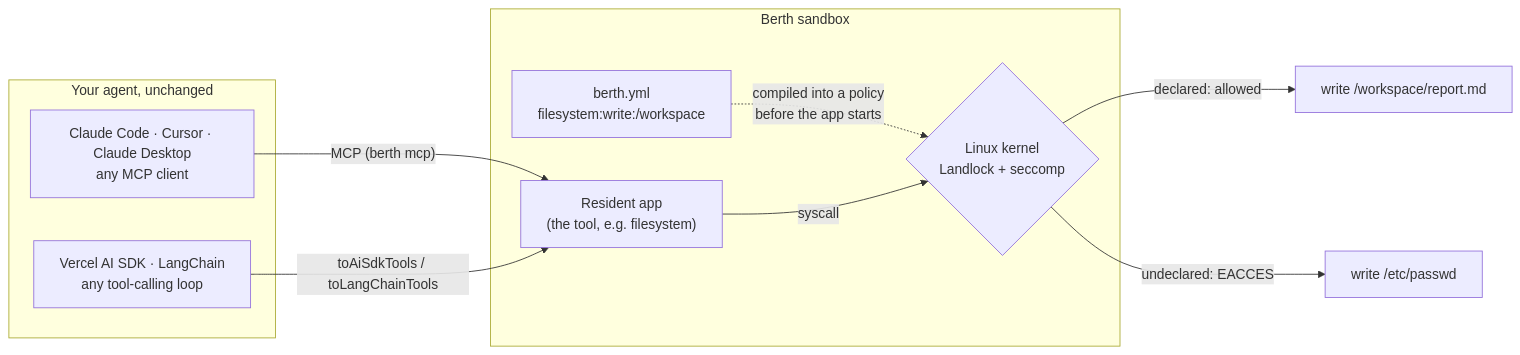
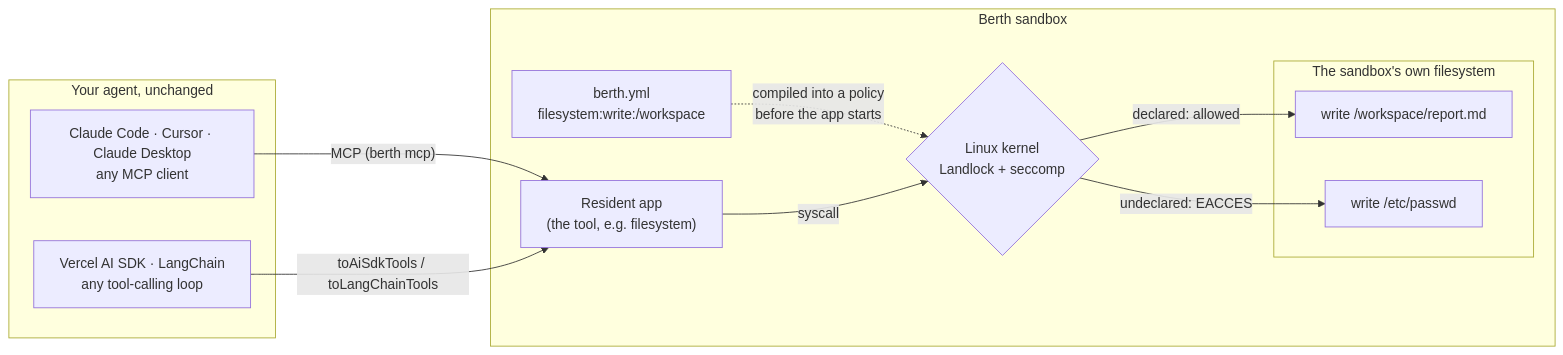
One commit to Ash20pk/BerthOS changed the diagram in README.md. Above: the diagram before and after it, drawn with Mermaid.

Commit message:
docs(readme): draw the allowed and denied writes inside the sandbox
The diagram put /workspace/report.md and /etc/passwd outside the Berth
sandbox subgraph, as if the kernel's decision reached the host. Both are
paths in the sandbox's own filesystem, so they now sit inside it, grouped
as such.

````diff
--- a/README.md
+++ b/README.md
@@ -11,20 +11,24 @@
 ```mermaid
 flowchart LR
   subgraph agent["Your agent, unchanged"]
     MCP["Claude Code · Cursor · Claude Desktop<br/>any MCP client"]
     LOOP["Vercel AI SDK · LangChain<br/>any tool-calling loop"]
   end
 
   subgraph berth["Berth sandbox"]
     APP["Resident app<br/>(the tool, e.g. filesystem)"]
     MANIFEST["berth.yml<br/>filesystem:write:/workspace"]
     KERNEL{"Linux kernel<br/>Landlock + seccomp"}
     MANIFEST -. "compiled into a policy<br/>before the app starts" .-> KERNEL
     APP -- "syscall" --> KERNEL
+    subgraph fs["The sandbox's own filesystem"]
+      OK["write /workspace/report.md"]
+      NO["write /etc/passwd"]
+    end
+    KERNEL -- "declared: allowed" --> OK
+    KERNEL -- "undeclared: EACCES" --> NO
   end
 
   MCP -- "MCP (berth mcp)" --> APP
   LOOP -- "toAiSdkTools / toLangChainTools" --> APP
-  KERNEL -- "declared: allowed" --> OK["write /workspace/report.md"]
-  KERNEL -- "undeclared: EACCES" --> NO["write /etc/passwd"]
 ```
````
